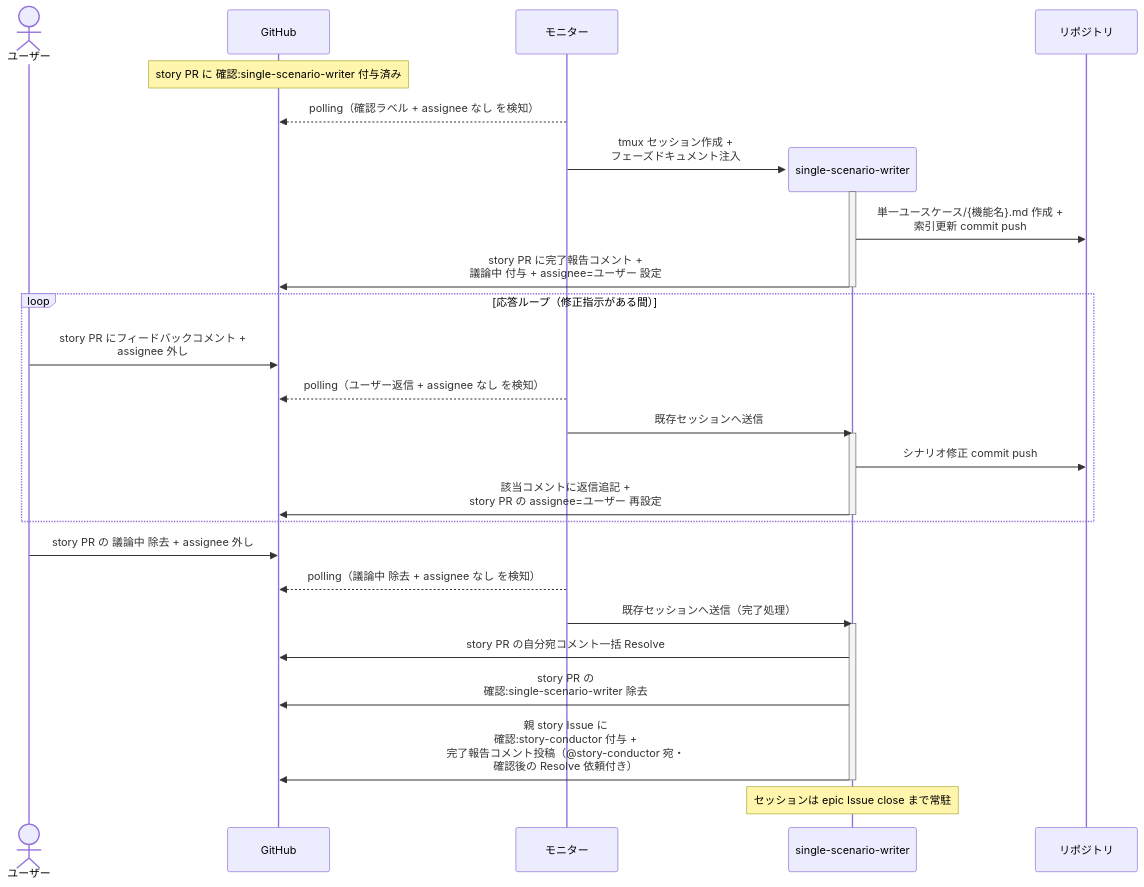
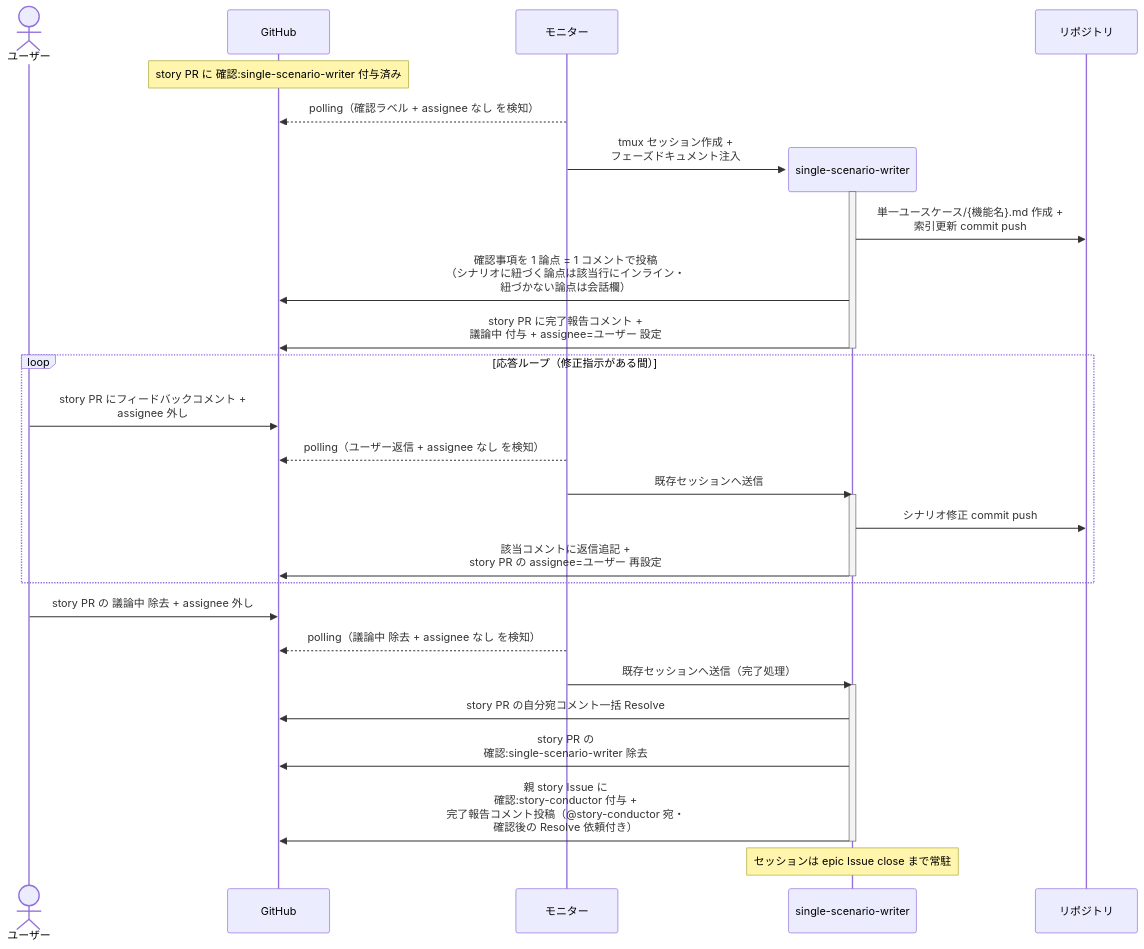
The first of 3 diagrams in docs/wiki/設計図/シナリオ/単一ユースケース/単一シナリオ設計.md (shuhei1101/ai-monitor), drawn with Mermaid before and after one commit. The commit also changed other lines of this file and 304 other files, not shown here.

````diff
--- a/docs/wiki/設計図/シナリオ/単一ユースケース/単一シナリオ設計.md
+++ b/docs/wiki/設計図/シナリオ/単一ユースケース/単一シナリオ設計.md
@@ -26,36 +26,37 @@
 ```mermaid
 sequenceDiagram
   actor U as ユーザー
   participant GH as GitHub
   participant ORC as モニター
 
   Note over GH: story PR に 確認:single-scenario-writer 付与済み
   ORC-->>GH: polling（確認ラベル + assignee なし を検知）
   create participant MON as single-scenario-writer
   ORC->>MON: tmux セッション作成 +<br>フェーズドキュメント注入
   participant REPO as リポジトリ
   activate MON
   MON->>REPO: 単一ユースケース/{機能名}.md 作成 +<br>索引更新 commit push
+  MON->>GH: 確認事項を 1 論点 = 1 コメントで投稿<br>（シナリオに紐づく論点は該当行にインライン・<br>紐づかない論点は会話欄）
   MON->>GH: story PR に完了報告コメント +<br>議論中 付与 + assignee=ユーザー 設定
   deactivate MON
 
   loop 応答ループ（修正指示がある間）
     U->>GH: story PR にフィードバックコメント +<br>assignee 外し
     ORC-->>GH: polling（ユーザー返信 + assignee なし を検知）
     ORC->>MON: 既存セッションへ送信
     activate MON
     MON->>REPO: シナリオ修正 commit push
     MON->>GH: 該当コメントに返信追記 +<br>story PR の assignee=ユーザー 再設定
     deactivate MON
   end
 
   U->>GH: story PR の 議論中 除去 + assignee 外し
   ORC-->>GH: polling（議論中 除去 + assignee なし を検知）
   ORC->>MON: 既存セッションへ送信（完了処理）
   activate MON
   MON->>GH: story PR の自分宛コメント一括 Resolve
   MON->>GH: story PR の<br>確認:single-scenario-writer 除去
   MON->>GH: 親 story Issue に<br>確認:story-conductor 付与 +<br>完了報告コメント投稿（@story-conductor 宛・<br>確認後の Resolve 依頼付き）
   deactivate MON
   Note over MON: セッションは epic Issue close まで常駐
 ```
````
